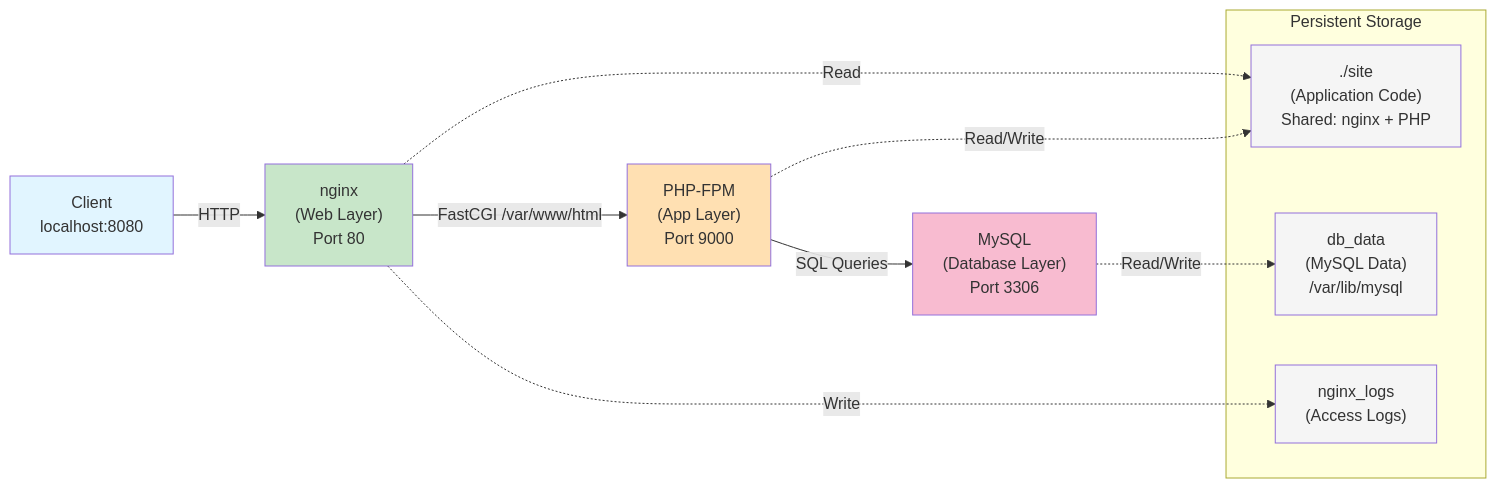
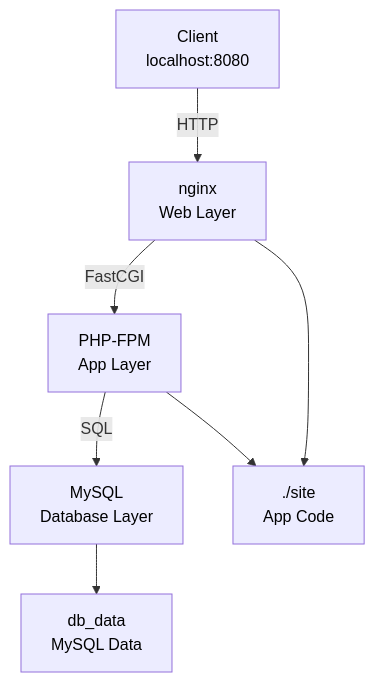
The diagram in README.md (aleynatila/iaas-webhosting), drawn with Mermaid before and after one commit. The commit also changed other lines of this file, not shown here.

Commit message:
Fix: Make mermaid diagram text black for better visibility

````diff
--- a/README.md
+++ b/README.md
@@ -9,29 +9,25 @@
 ```mermaid
-graph LR
+graph TB
     Client["Client<br/>localhost:8080"]
+    Nginx["nginx<br/>Web Layer"]
+    PHP["PHP-FPM<br/>App Layer"]
+    MySQL["MySQL<br/>Database Layer"]
     
-    Client -->|HTTP| Nginx["nginx<br/>(Web Layer)<br/>Port 80"]
+    Client -->|HTTP| Nginx
+    Nginx -->|FastCGI| PHP
+    PHP -->|SQL| MySQL
     
-    Nginx -->|FastCGI /var/www/html| PHP["PHP-FPM<br/>(App Layer)<br/>Port 9000"]
+    Site["./site<br/>App Code"]
+    DBData["db_data<br/>MySQL Data"]
     
-    PHP -->|SQL Queries| MySQL["MySQL<br/>(Database Layer)<br/>Port 3306"]
+    Nginx --> Site
+    PHP --> Site
+    MySQL --> DBData
     
-    subgraph Volumes["Persistent Storage"]
-        AppCode["./site<br/>(Application Code)<br/>Shared: nginx + PHP"]
-        DBData["db_data<br/>(MySQL Data)<br/>/var/lib/mysql"]
-        Logs["nginx_logs<br/>(Access Logs)"]
-    end
-    
-    Nginx -.->|Read| AppCode
-    PHP -.->|Read/Write| AppCode
-    MySQL -.->|Read/Write| DBData
-    Nginx -.->|Write| Logs
-    
-    style Client fill:#e1f5ff
-    style Nginx fill:#c8e6c9
-    style PHP fill:#ffe0b2
-    style MySQL fill:#f8bbd0
-    style AppCode fill:#f5f5f5
-    style DBData fill:#f5f5f5
-    style Logs fill:#f5f5f5
+    style Client color:#000
+    style Nginx color:#000
+    style PHP color:#000
+    style MySQL color:#000
+    style Site color:#000
+    style DBData color:#000
 ```
````
